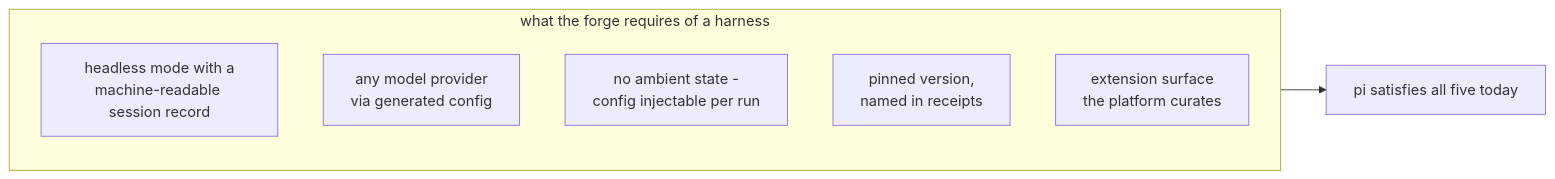
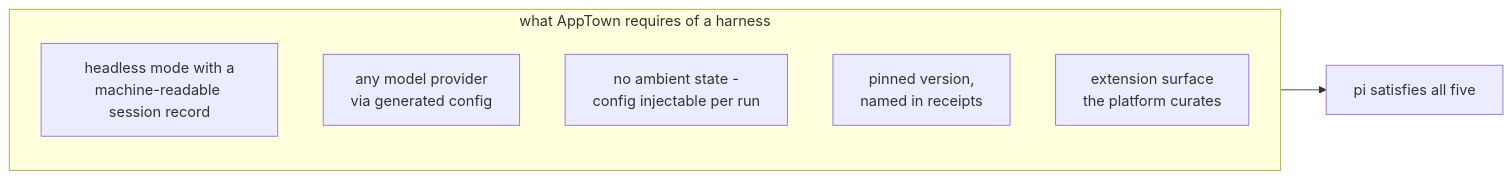
Before and after one commit to flokkit/apptown: the second of 14 diagrams in stock/docs/guides/architecture.md, drawn with Mermaid. The commit also changed other lines of this file and 49 other files, not shown here.

First line of the commit message:
Make the contract reference the one app contract, and delete the old interface inventory

````diff
--- a/stock/docs/guides/architecture.md
+++ b/stock/docs/guides/architecture.md
@@ -123,16 +122,16 @@
 ```mermaid
 flowchart LR
-    subgraph contract["what the forge requires of a harness"]
+    subgraph contract["what AppTown requires of a harness"]
         H1[headless mode with a
 machine-readable session record]
         H2[any model provider
 via generated config]
         H3[no ambient state -
 config injectable per run]
         H4[pinned version,
 named in receipts]
         H5[extension surface
 the platform curates]
     end
-    contract --> PI[pi satisfies all five today]
+    contract --> PI[pi satisfies all five]
 ```
````
